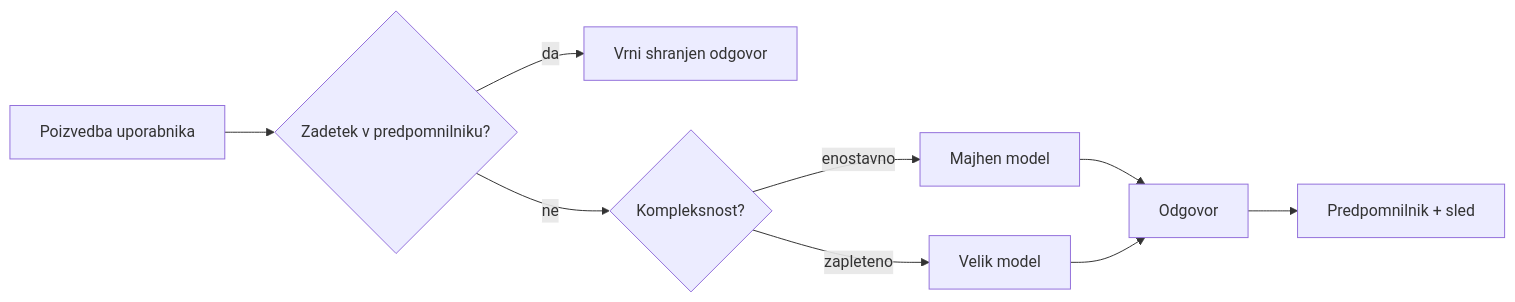
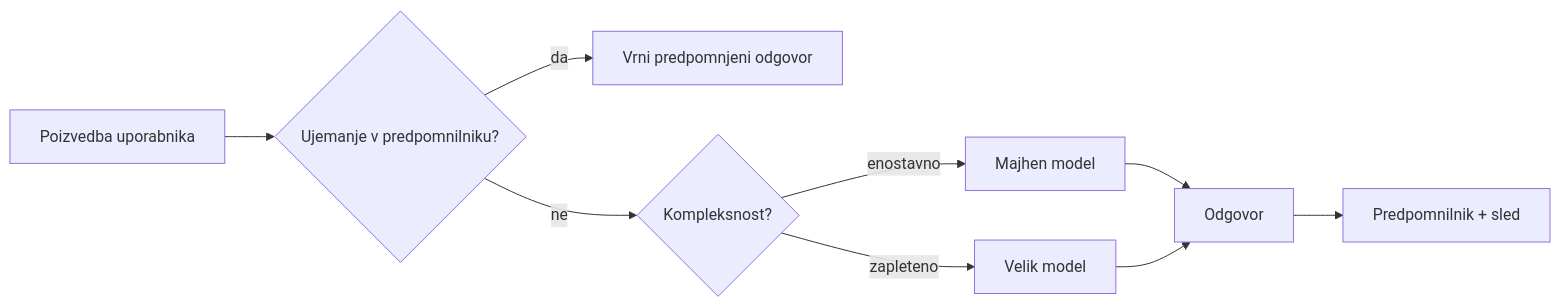
One commit to gabrielmoreira/agent-skills-mirror changed the third of 4 diagrams in mirrors/repos/microsoft@ai-agents-for-beginners/translations/sl/16-deploying-scalable-agents/README.md. Above: the diagram before and after it, drawn with Mermaid. The commit also changed other lines of this file and 3581 other files, not shown here.

````diff
--- a/mirrors/repos/microsoft@ai-agents-for-beginners/translations/sl/16-deploying-scalable-agents/README.md
+++ b/mirrors/repos/microsoft@ai-agents-for-beginners/translations/sl/16-deploying-scalable-agents/README.md
@@ -134,11 +134,11 @@
 ```mermaid
 flowchart LR
-    Q[Poizvedba uporabnika] --> C{Zadetek v predpomnilniku?}
-    C -->|da| R[Vrni shranjen odgovor]
+    Q[Poizvedba uporabnika] --> C{Ujemanje v predpomnilniku?}
+    C -->|da| R[Vrni predpomnjeni odgovor]
     C -->|ne| Router{Kompleksnost?}
     Router -->|enostavno| SLM[Majhen model]
     Router -->|zapleteno| LLM[Velik model]
     SLM --> Out[Odgovor]
     LLM --> Out
     Out --> Store[Predpomnilnik + sled]
 ```
````
